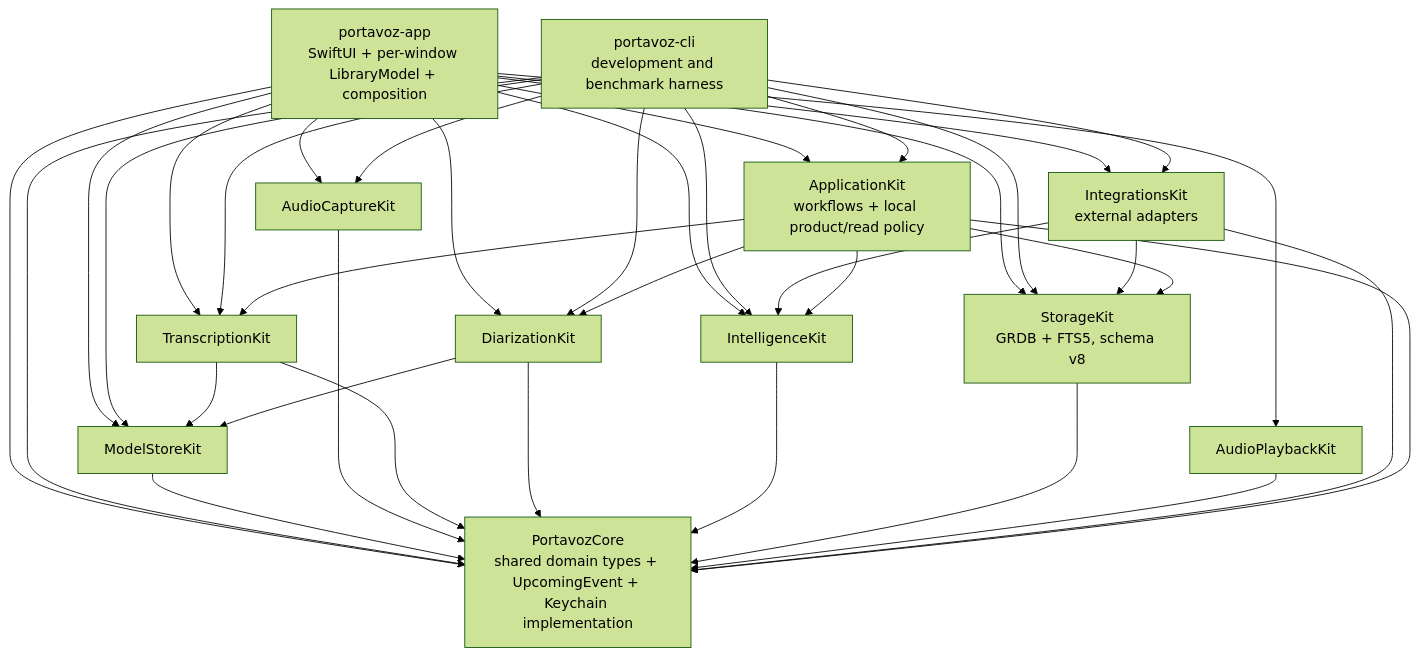
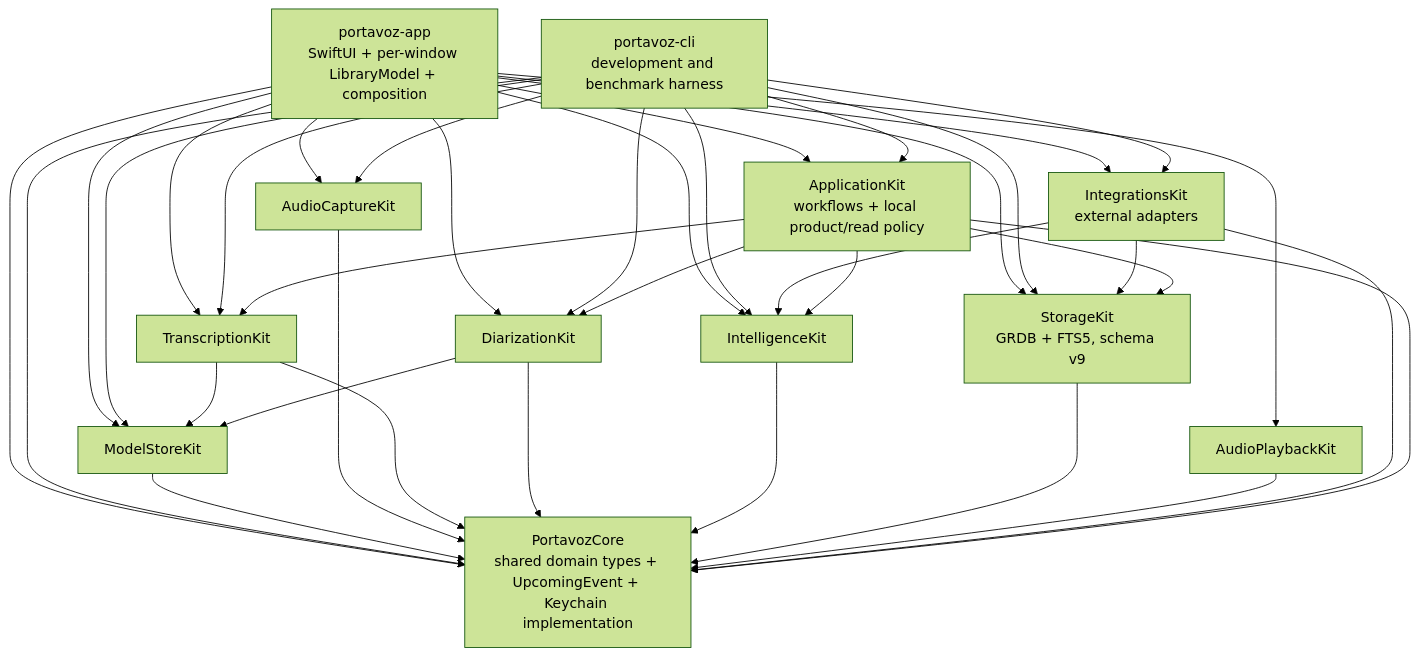
The first of 3 diagrams in docs/refactor-20260714.md (johnny4young/portavoz), drawn with Mermaid (forest theme) before and after one commit. The commit also changed other lines of this file and 40 other files, not shown here.

````diff
--- a/docs/refactor-20260714.md
+++ b/docs/refactor-20260714.md
@@ -108,52 +108,52 @@
 ```mermaid
 flowchart TB
     APP["portavoz-app\nSwiftUI + per-window LibraryModel + composition"]
     CLI["portavoz-cli\ndevelopment and benchmark harness"]
     APPLICATION["ApplicationKit\nworkflows + local product/read policy"]
     CORE["PortavozCore\nshared domain types + UpcomingEvent + Keychain implementation"]
     MODEL["ModelStoreKit"]
     CAPTURE["AudioCaptureKit"]
     STT["TranscriptionKit"]
     DIAR["DiarizationKit"]
     INTEL["IntelligenceKit"]
-    STORE["StorageKit\nGRDB + FTS5, schema v8"]
+    STORE["StorageKit\nGRDB + FTS5, schema v9"]
     PLAYBACK["AudioPlaybackKit"]
     INTEGRATIONS["IntegrationsKit\nexternal adapters"]
 
     APP --> CORE
     APP --> APPLICATION
     APP --> MODEL
     APP --> CAPTURE
     APP --> STT
     APP --> DIAR
     APP --> INTEL
     APP --> STORE
     APP --> PLAYBACK
     APP --> INTEGRATIONS
     CLI --> CORE
     CLI --> APPLICATION
     CLI --> MODEL
     CLI --> CAPTURE
     CLI --> STT
     CLI --> DIAR
     CLI --> INTEL
     CLI --> STORE
     CLI --> INTEGRATIONS
     MODEL --> CORE
     CAPTURE --> CORE
     STT --> CORE
     STT --> MODEL
     DIAR --> CORE
     DIAR --> MODEL
     INTEL --> CORE
     STORE --> CORE
     PLAYBACK --> CORE
     INTEGRATIONS --> CORE
     INTEGRATIONS --> INTEL
     INTEGRATIONS --> STORE
     APPLICATION --> CORE
     APPLICATION --> STT
     APPLICATION --> DIAR
     APPLICATION --> INTEL
     APPLICATION --> STORE
 ```
````
